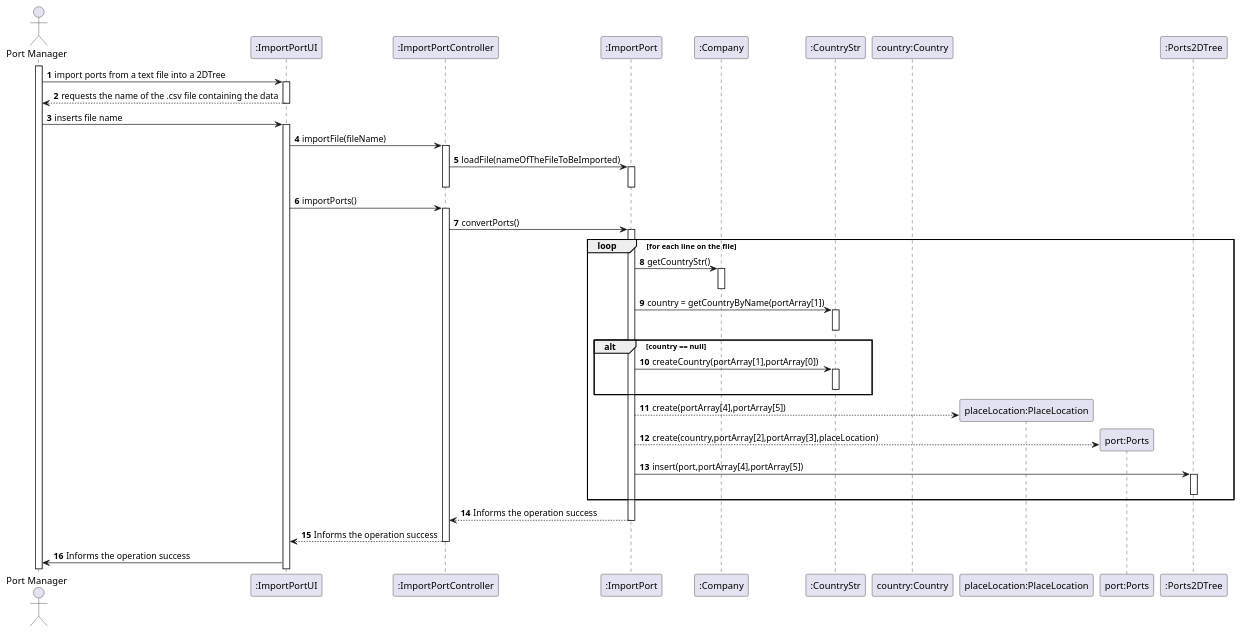
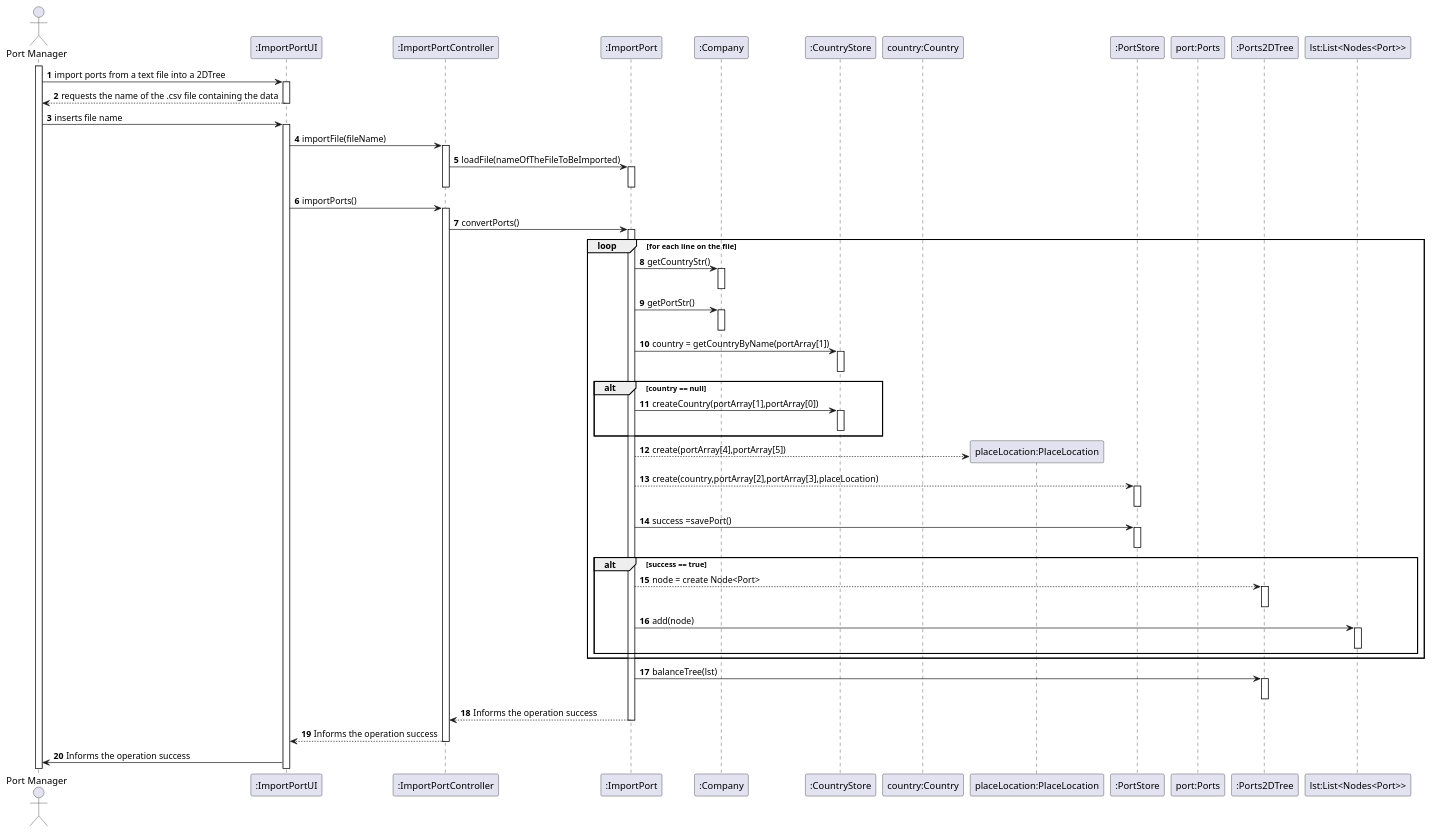
One commit to 0franciscor/lapr3-2021-g042 changed the diagram in docs/US201/US201_SD.puml. Above: the diagram before and after it, drawn with PlantUML. The commit also changed 3 other files, not shown here.

```diff
--- a/docs/US201/US201_SD.puml
+++ b/docs/US201/US201_SD.puml
@@ -1,62 +1,79 @@
 @startuml
 
 autonumber
 actor "Port Manager" as PM
 
 participant ":ImportPortUI" as ui
 participant ":ImportPortController" as controller
 participant ":ImportPort" as importPort
 participant ":Company" as company
-participant ":CountryStr" as str
+participant ":CountryStore" as str
 participant "country:Country" as country
 participant "placeLocation:PlaceLocation" as PL
+participant ":PortStore" as pstore
 participant "port:Ports" as Port
 participant ":Ports2DTree" as tree
+participant "lst:List<Nodes<Port>>" as lst
 
 activate PM
 PM -> ui : import ports from a text file into a 2DTree
 activate ui
 ui --> PM : requests the name of the .csv file containing the data
 deactivate ui
 PM -> ui : inserts file name
 activate ui
 ui -> controller : importFile(fileName)
 activate controller
 controller -> importPort : loadFile(nameOfTheFileToBeImported)
 activate importPort
 deactivate importPort
 deactivate controller
 ui -> controller : importPorts()
 activate controller
 controller -> importPort : convertPorts()
 activate importPort
 loop for each line on the file
 importPort -> company: getCountryStr()
 activate company
 deactivate company
+importPort -> company : getPortStr()
+activate company
+deactivate company
 importPort -> str: country = getCountryByName(portArray[1])
 activate str
 deactivate str
 alt country == null
 importPort->str : createCountry(portArray[1],portArray[0])
 activate str
 deactivate str
 end
 importPort--> PL** : create(portArray[4],portArray[5])
-importPort --> Port** : create(country,portArray[2],portArray[3],placeLocation)
-importPort -> tree: insert(port,portArray[4],portArray[5])
+importPort --> pstore : create(country,portArray[2],portArray[3],placeLocation)
+activate pstore
+deactivate pstore
+importPort -> pstore : success =savePort()
+activate pstore
+deactivate pstore
+alt success == true
+importPort --> tree : node = create Node<Port>
 activate tree
 deactivate tree
+importPort -> lst : add(node)
+activate lst
+deactivate lst
 end
-
+end
+importPort -> tree: balanceTree(lst)
+activate tree
+deactivate tree
 
 
 importPort --> controller : Informs the operation success
 deactivate importPort
 controller --> ui : Informs the operation success
 deactivate controller
 
 ui -> PM : Informs the operation success
 
 
 @enduml
```
